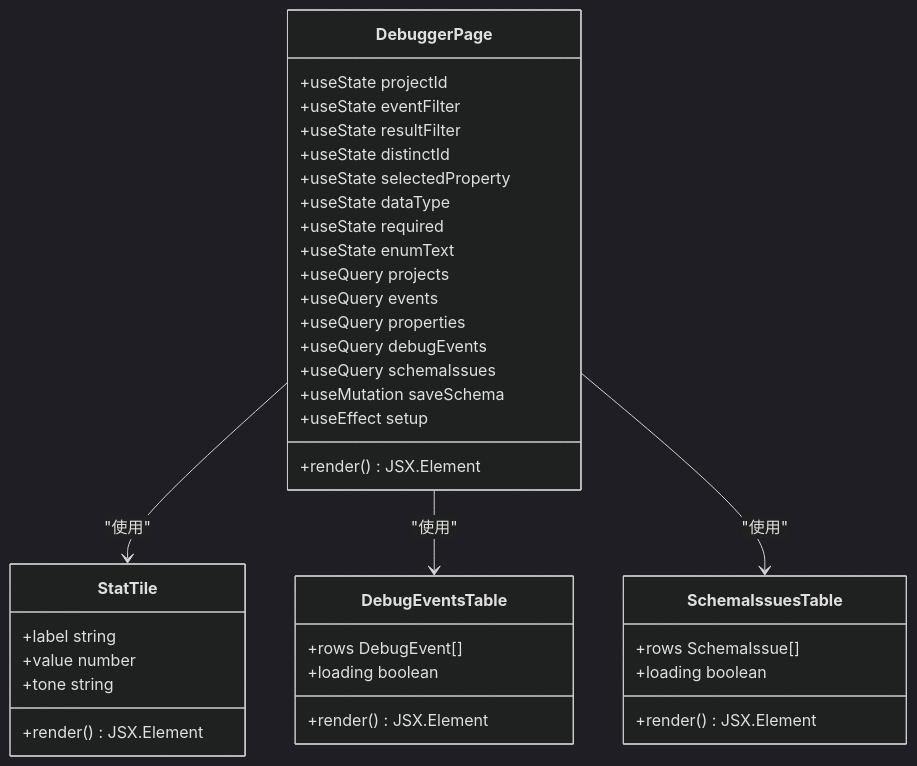
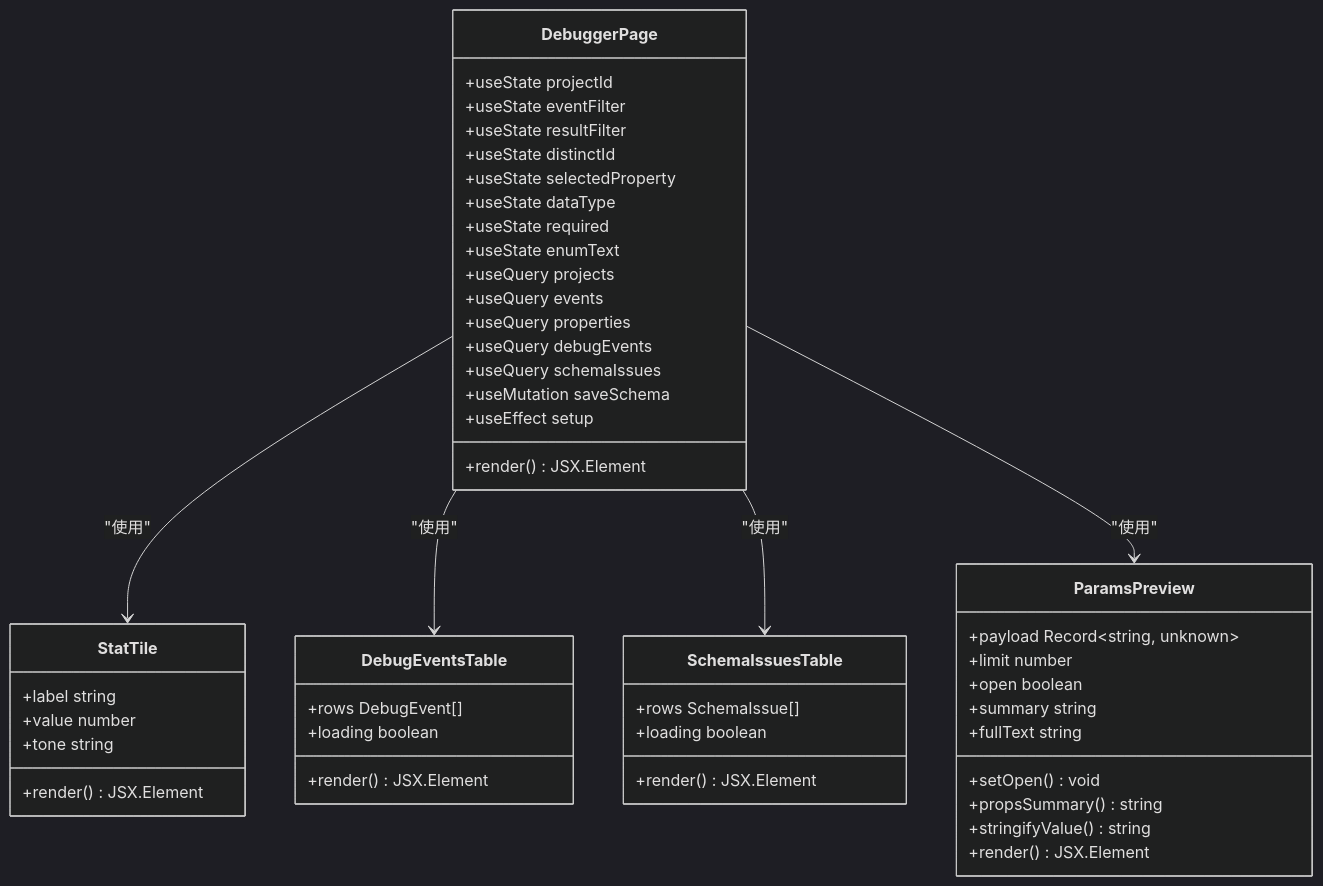
The third of 9 diagrams in .qoder/repowiki/zh/content/监控与可观测性/调试器系统.md (zhen-zhong/AeroLog), drawn with Mermaid (dark theme) before and after one commit. The commit also changed other lines of this file and 52 other files, not shown here.

````diff
--- a/.qoder/repowiki/zh/content/监控与可观测性/调试器系统.md
+++ b/.qoder/repowiki/zh/content/监控与可观测性/调试器系统.md
@@ -172,40 +181,52 @@
 ```mermaid
 classDiagram
 class DebuggerPage {
 +useState projectId
 +useState eventFilter
 +useState resultFilter
 +useState distinctId
 +useState selectedProperty
 +useState dataType
 +useState required
 +useState enumText
 +useQuery projects
 +useQuery events
 +useQuery properties
 +useQuery debugEvents
 +useQuery schemaIssues
 +useMutation saveSchema
 +useEffect setup
 +render() JSX.Element
 }
 class StatTile {
 +label string
 +value number
 +tone string
 +render() JSX.Element
 }
 class DebugEventsTable {
 +rows DebugEvent[]
 +loading boolean
 +render() JSX.Element
 }
 class SchemaIssuesTable {
 +rows SchemaIssue[]
 +loading boolean
 +render() JSX.Element
 }
+class ParamsPreview {
++payload Record~string, unknown~
++limit number
++open boolean
++summary string
++fullText string
++setOpen() void
++propsSummary() string
++stringifyValue() string
++render() JSX.Element
+}
 DebuggerPage --> StatTile : "使用"
 DebuggerPage --> DebugEventsTable : "使用"
 DebuggerPage --> SchemaIssuesTable : "使用"
+DebuggerPage --> ParamsPreview : "使用"
 ```
````
